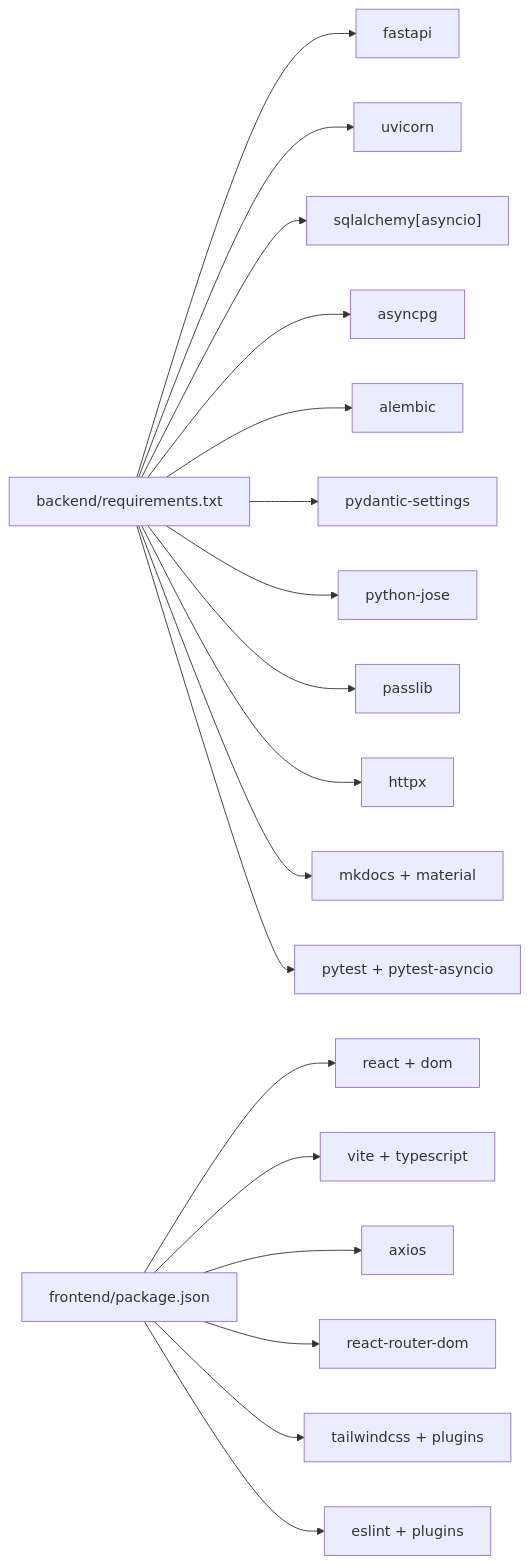
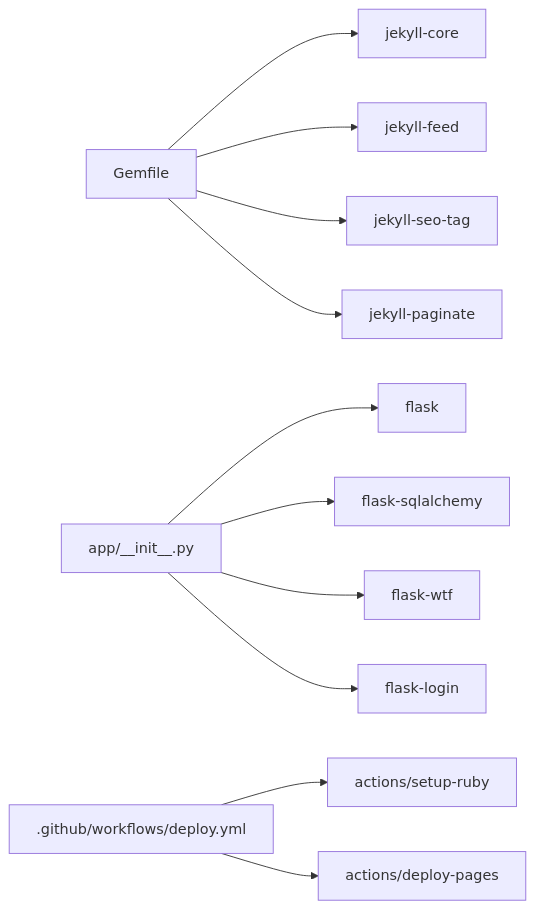
The fifth of 5 diagrams in .qoder/repowiki/en/content/Deployment and DevOps.md (PolarisW007/PolaZhenJing), drawn with Mermaid before and after one commit. The commit also changed other lines of this file and 153 other files, not shown here.

````diff
--- a/.qoder/repowiki/en/content/Deployment and DevOps.md
+++ b/.qoder/repowiki/en/content/Deployment and DevOps.md
@@ -343,22 +316,16 @@
 ```mermaid
 graph LR
-BREQ["backend/requirements.txt"]
-FP["frontend/package.json"]
-BREQ --> FA["fastapi"]
-BREQ --> UV["uvicorn"]
-BREQ --> SA["sqlalchemy[asyncio]"]
-BREQ --> APG["asyncpg"]
-BREQ --> AL["alembic"]
-BREQ --> PYD["pydantic-settings"]
-BREQ --> JOSE["python-jose"]
-BREQ --> PASS["passlib"]
-BREQ --> HTTPX["httpx"]
-BREQ --> MK["mkdocs + material"]
-BREQ --> PYTEST["pytest + pytest-asyncio"]
-FP --> REACT["react + dom"]
-FP --> VITE["vite + typescript"]
-FP --> AX["axios"]
-FP --> RT["react-router-dom"]
-FP --> TWCSS["tailwindcss + plugins"]
-FP --> ESL["eslint + plugins"]
+GEM["Gemfile"]
+FLASK["app/__init__.py"]
+GHA[".github/workflows/deploy.yml"]
+GEM --> JEKYLL["jekyll-core"]
+GEM --> FEED["jekyll-feed"]
+GEM --> SEO["jekyll-seo-tag"]
+GEM --> PAGINATE["jekyll-paginate"]
+FLASK --> FLASKCORE["flask"]
+FLASK --> SQLALCHEMY["flask-sqlalchemy"]
+FLASK --> WTFFORMS["flask-wtf"]
+FLASK --> LOGIN["flask-login"]
+GHA --> RUBYSETUP["actions/setup-ruby"]
+GHA --> DEPLOY["actions/deploy-pages"]
 ```
````
